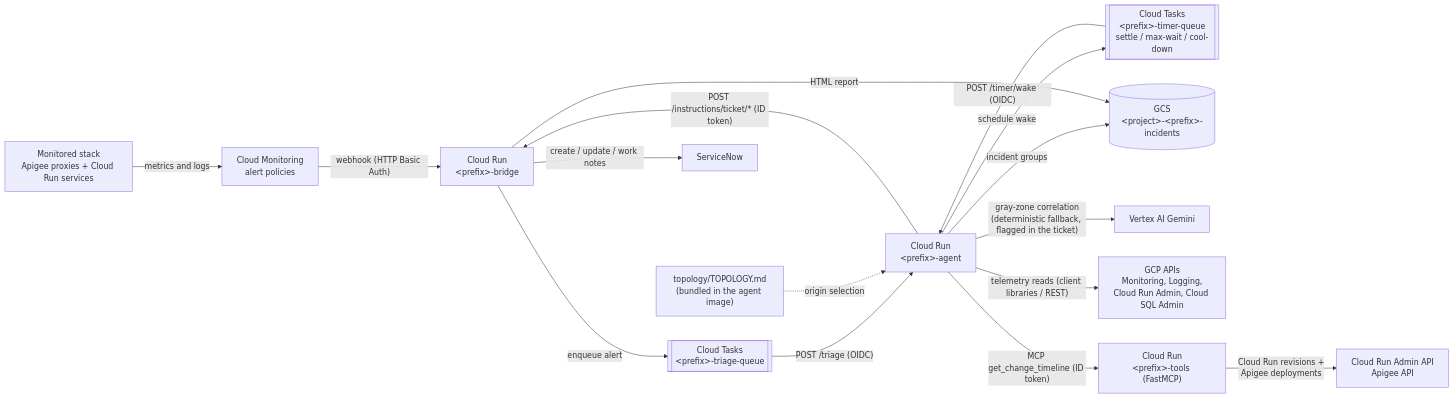
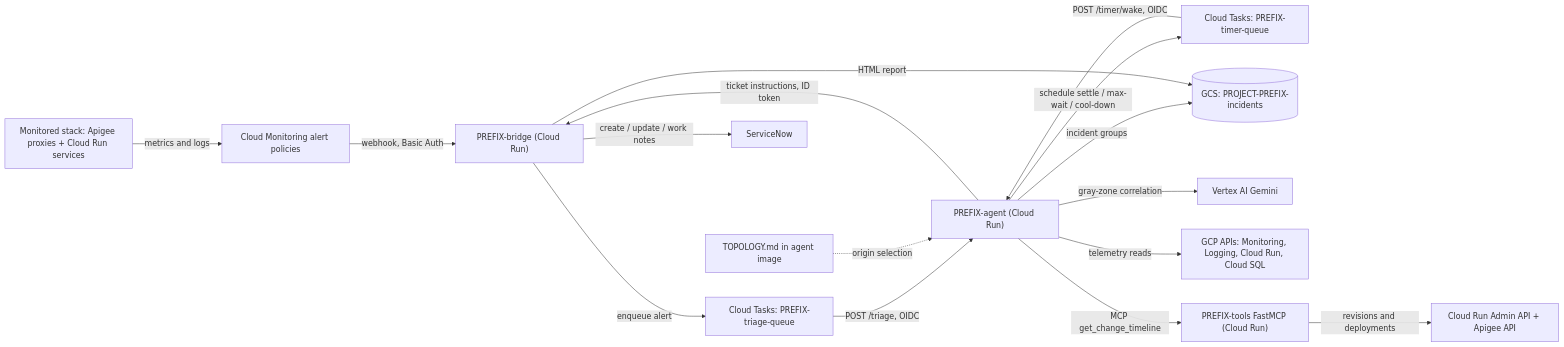
Before and after one commit to ssvaidyanathan/autocloud-prototypes: the first of 2 diagrams in alert-triage-agent/README.md, drawn with Mermaid. The commit also changed other lines of this file, not shown here.

Commit message:
docs(readme): portable mermaid architecture flowchart (user feedback)

````diff
--- a/alert-triage-agent/README.md
+++ b/alert-triage-agent/README.md
@@ -89,18 +89,18 @@
 ```mermaid
 flowchart LR
-    Stack["Monitored stack<br/>Apigee proxies + Cloud Run services"] -- "metrics and logs" --> Mon["Cloud Monitoring<br/>alert policies"]
-    Mon -- "webhook (HTTP Basic Auth)" --> Bridge["Cloud Run<br/>#lt;prefix#gt;-bridge"]
-    Bridge -- "enqueue alert" --> TriageQ[["Cloud Tasks<br/>#lt;prefix#gt;-triage-queue"]]
-    TriageQ -- "POST /triage (OIDC)" --> Agent["Cloud Run<br/>#lt;prefix#gt;-agent"]
-    Agent -- "schedule wake" --> TimerQ[["Cloud Tasks<br/>#lt;prefix#gt;-timer-queue<br/>settle / max-wait / cool-down"]]
-    TimerQ -- "POST /timer/wake (OIDC)" --> Agent
-    Topo["topology/TOPOLOGY.md<br/>(bundled in the agent image)"] -. "origin selection" .-> Agent
-    Agent -- "incident groups" --> Bucket[("GCS<br/>#lt;project#gt;-#lt;prefix#gt;-incidents")]
-    Agent -- "gray-zone correlation<br/>(deterministic fallback, flagged in the ticket)" --> Gemini["Vertex AI Gemini"]
-    Agent -- "telemetry reads (client libraries / REST)" --> APIs["GCP APIs<br/>Monitoring, Logging,<br/>Cloud Run Admin, Cloud SQL Admin"]
-    Agent -- "MCP get_change_timeline (ID token)" --> Tools["Cloud Run<br/>#lt;prefix#gt;-tools (FastMCP)"]
-    Tools -- "Cloud Run revisions +<br/>Apigee deployments" --> ChangeAPIs["Cloud Run Admin API<br/>Apigee API"]
-    Agent -- "POST /instructions/ticket/* (ID token)" --> Bridge
-    Bridge -- "HTML report" --> Bucket
-    Bridge -- "create / update / work notes" --> SN["ServiceNow"]
+    Stack["Monitored stack: Apigee proxies + Cloud Run services"] -->|metrics and logs| Mon["Cloud Monitoring alert policies"]
+    Mon -->|webhook, Basic Auth| Bridge["PREFIX-bridge (Cloud Run)"]
+    Bridge -->|enqueue alert| TriageQ["Cloud Tasks: PREFIX-triage-queue"]
+    TriageQ -->|POST /triage, OIDC| Agent["PREFIX-agent (Cloud Run)"]
+    Agent -->|schedule settle / max-wait / cool-down| TimerQ["Cloud Tasks: PREFIX-timer-queue"]
+    TimerQ -->|POST /timer/wake, OIDC| Agent
+    Topo["TOPOLOGY.md in agent image"] -.->|origin selection| Agent
+    Agent -->|incident groups| Bucket[("GCS: PROJECT-PREFIX-incidents")]
+    Agent -->|gray-zone correlation| Gemini["Vertex AI Gemini"]
+    Agent -->|telemetry reads| APIs["GCP APIs: Monitoring, Logging, Cloud Run, Cloud SQL"]
+    Agent -->|MCP get_change_timeline| Tools["PREFIX-tools FastMCP (Cloud Run)"]
+    Tools -->|revisions and deployments| ChangeAPIs["Cloud Run Admin API + Apigee API"]
+    Agent -->|ticket instructions, ID token| Bridge
+    Bridge -->|HTML report| Bucket
+    Bridge -->|create / update / work notes| SN["ServiceNow"]
 ```
````
